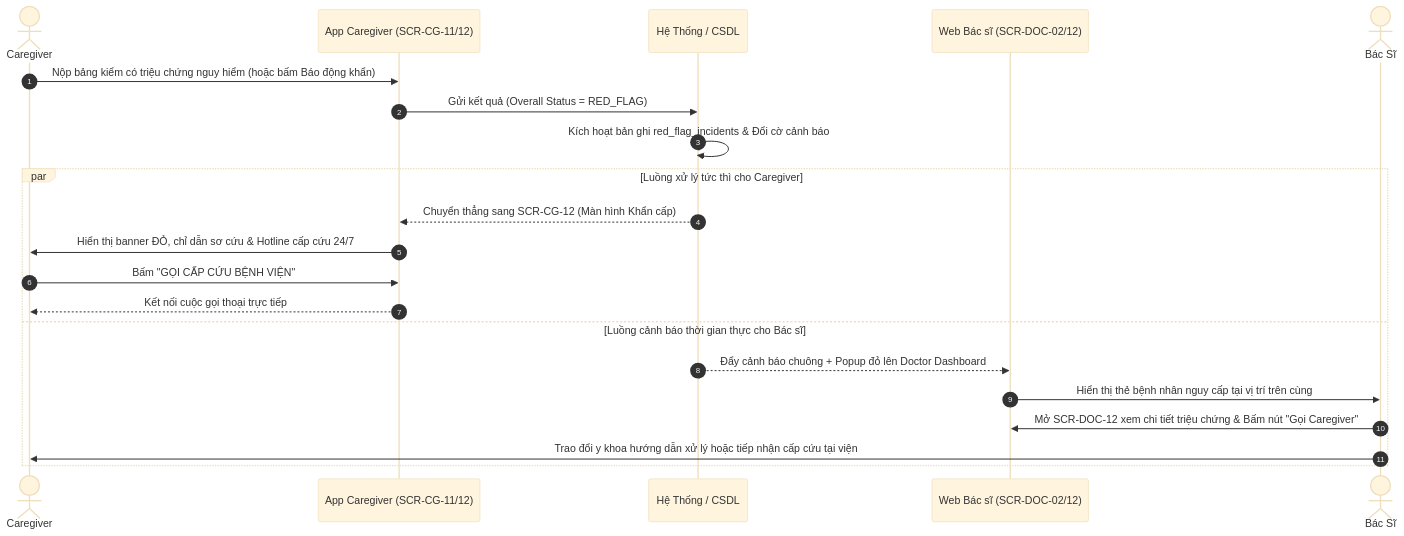
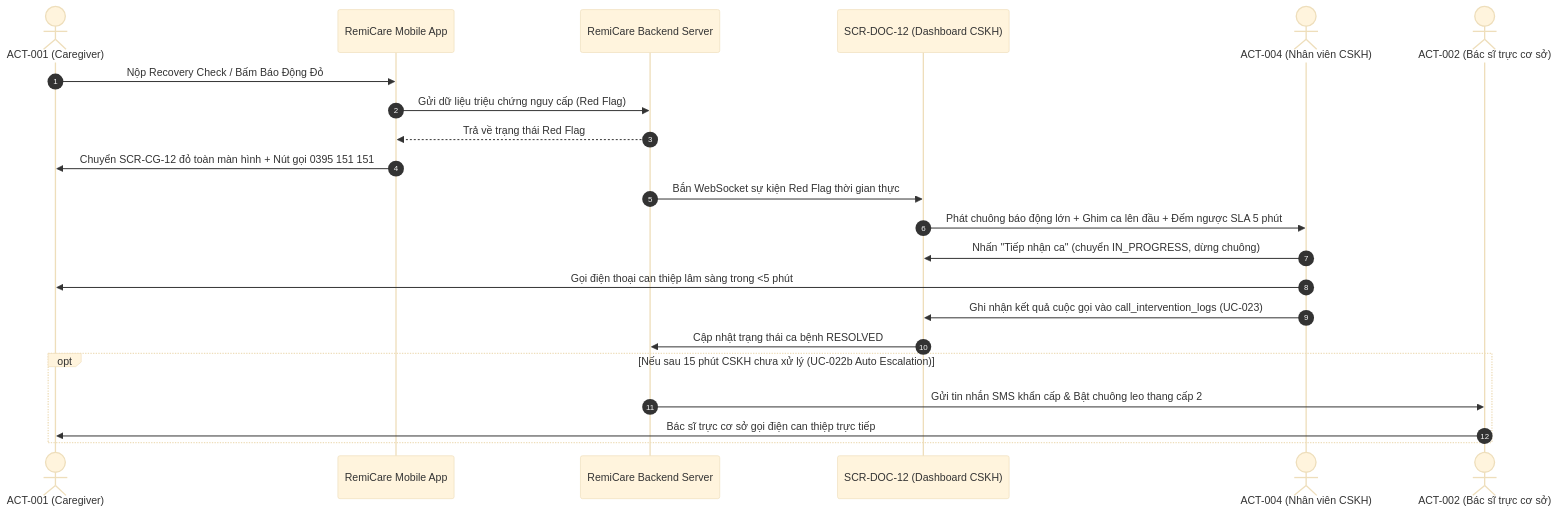
One commit to khangpd15/ba-learing-path changed the third of 3 diagrams in 04_Screen_Flow.md. Above: the diagram before and after it, drawn with Mermaid (base theme). The commit also changed other lines of this file and 8 other files, not shown here.

````diff
--- a/04_Screen_Flow.md
+++ b/04_Screen_Flow.md
@@ -438,25 +265,24 @@
 ```mermaid
 sequenceDiagram
     autonumber
-    actor Caregiver
-    participant App as App Caregiver (SCR-CG-11/12)
-    participant Server as Hệ Thống / CSDL
-    participant Portal as Web Bác sĩ (SCR-DOC-02/12)
-    actor Doctor as Bác Sĩ
-
-    Caregiver->>App: Nộp bảng kiểm có triệu chứng nguy hiểm (hoặc bấm Báo động khẩn)
-    App->>Server: Gửi kết quả (Overall Status = RED_FLAG)
-    Server->>Server: Kích hoạt bản ghi red_flag_incidents & Đổi cờ cảnh báo
-    
-    par Luồng xử lý tức thì cho Caregiver
-        Server-->>App: Chuyển thẳng sang SCR-CG-12 (Màn hình Khẩn cấp)
-        App->>Caregiver: Hiển thị banner ĐỎ, chỉ dẫn sơ cứu & Hotline cấp cứu 24/7
-        Caregiver->>App: Bấm "GỌI CẤP CỨU BỆNH VIỆN"
-        App-->>Caregiver: Kết nối cuộc gọi thoại trực tiếp
-    and Luồng cảnh báo thời gian thực cho Bác sĩ
-        Server-->>Portal: Đẩy cảnh báo chuông + Popup đỏ lên Doctor Dashboard
-        Portal->>Doctor: Hiển thị thẻ bệnh nhân nguy cấp tại vị trí trên cùng
-        Doctor->>Portal: Mở SCR-DOC-12 xem chi tiết triệu chứng & Bấm nút "Gọi Caregiver"
-        Doctor->>Caregiver: Trao đổi y khoa hướng dẫn xử lý hoặc tiếp nhận cấp cứu tại viện
+    actor Caregiver as ACT-001 (Caregiver)
+    participant MobileApp as RemiCare Mobile App
+    participant Backend as RemiCare Backend Server
+    participant Dashboard as SCR-DOC-12 (Dashboard CSKH)
+    actor CSKH as ACT-004 (Nhân viên CSKH)
+    actor Doctor as ACT-002 (Bác sĩ trực cơ sở)
+    Caregiver->>MobileApp: Nộp Recovery Check / Bấm Báo Động Đỏ
+    MobileApp->>Backend: Gửi dữ liệu triệu chứng nguy cấp (Red Flag)
+    Backend-->>MobileApp: Trả về trạng thái Red Flag
+    MobileApp->>Caregiver: Chuyển SCR-CG-12 đỏ toàn màn hình + Nút gọi 0395 151 151
+    Backend->>Dashboard: Bắn WebSocket sự kiện Red Flag thời gian thực
+    Dashboard->>CSKH: Phát chuông báo động lớn + Ghim ca lên đầu + Đếm ngược SLA 5 phút
+    CSKH->>Dashboard: Nhấn "Tiếp nhận ca" (chuyển IN_PROGRESS, dừng chuông)
+    CSKH->>Caregiver: Gọi điện thoại can thiệp lâm sàng trong <5 phút
+    CSKH->>Dashboard: Ghi nhận kết quả cuộc gọi vào call_intervention_logs (UC-023)
+    Dashboard->>Backend: Cập nhật trạng thái ca bệnh RESOLVED
+    opt Nếu sau 15 phút CSKH chưa xử lý (UC-022b Auto Escalation)
+        Backend->>Doctor: Gửi tin nhắn SMS khẩn cấp & Bật chuông leo thang cấp 2
+        Doctor->>Caregiver: Bác sĩ trực cơ sở gọi điện can thiệp trực tiếp
     end
 ```
````
